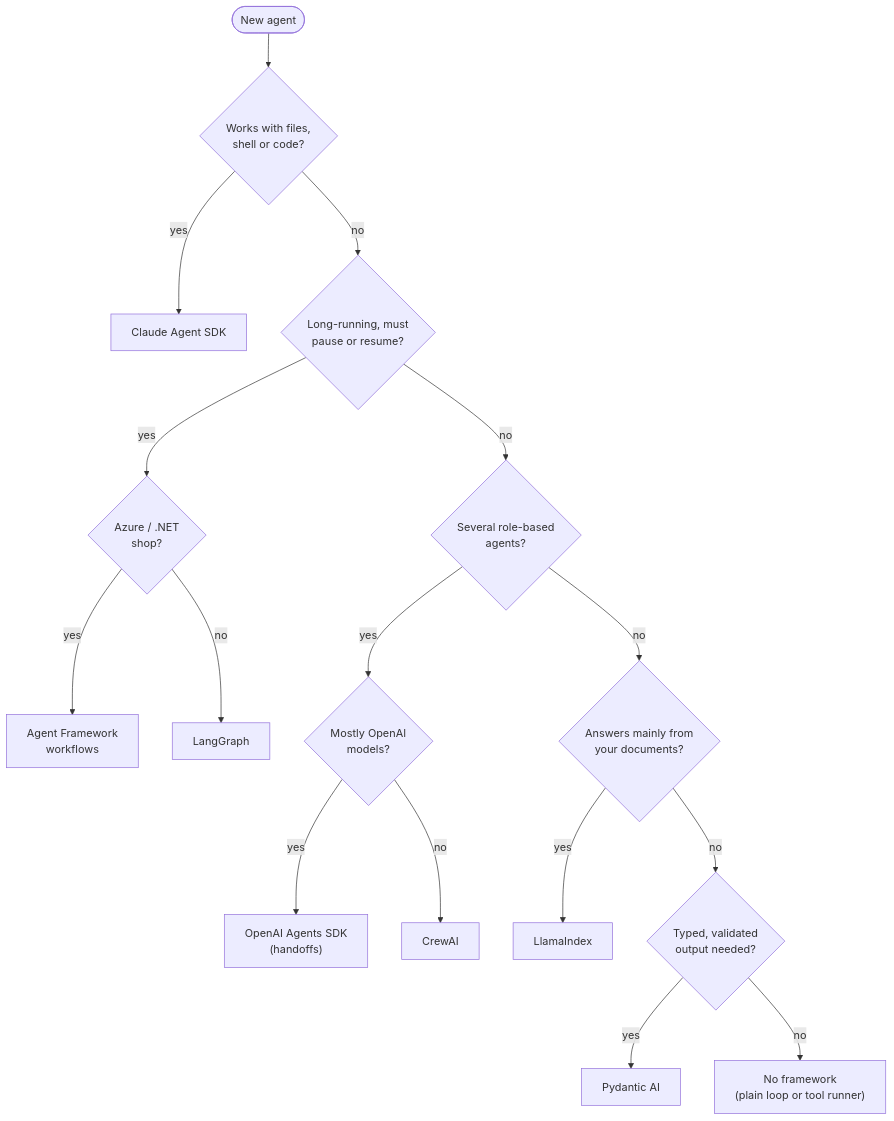
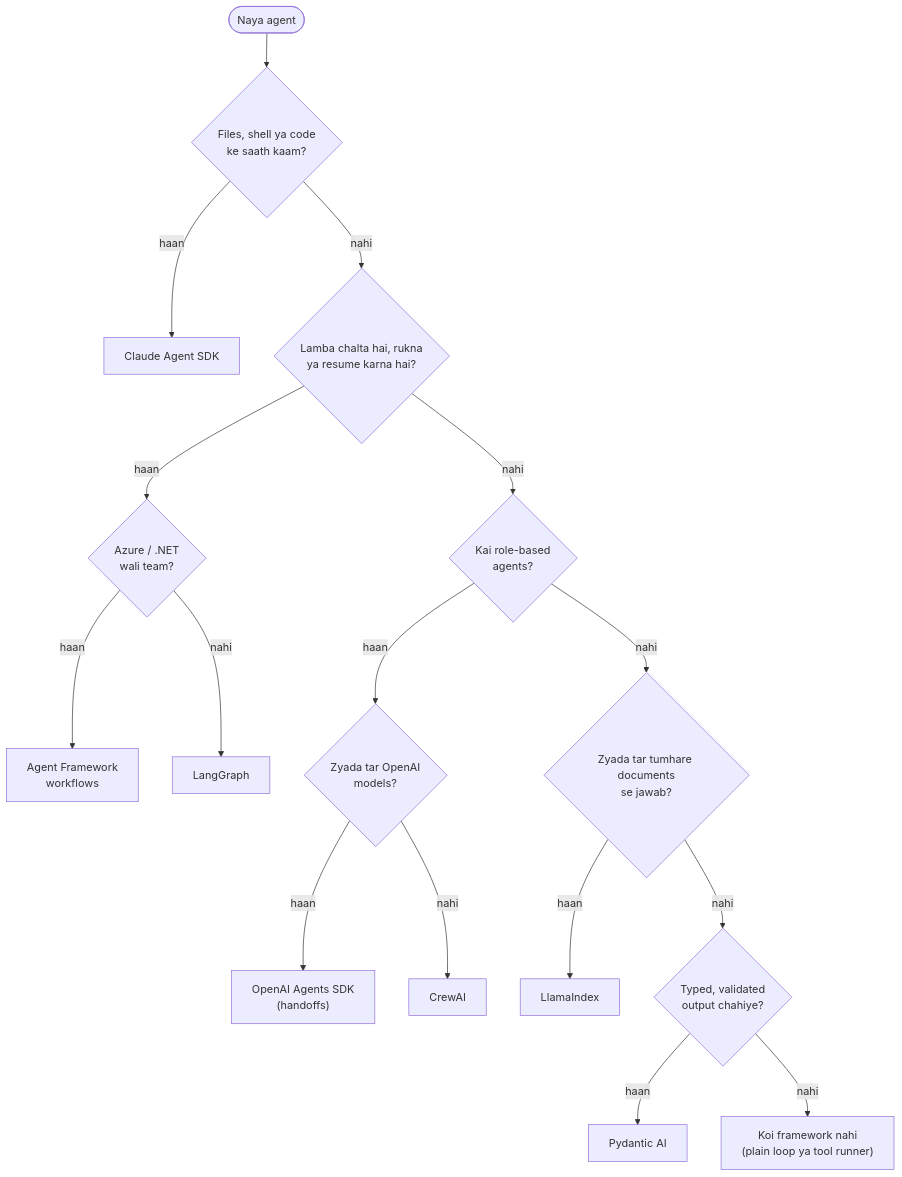
Before and after one commit to asmustechno/agentic-ai-notes: the diagram in docs/11-frameworks/11.10-how-to-choose.md, drawn with Mermaid. The commit also changed other lines of this file and 135 other files, not shown here.

````diff
--- a/docs/11-frameworks/11.10-how-to-choose.md
+++ b/docs/11-frameworks/11.10-how-to-choose.md
@@ -56,18 +56,18 @@
 ```mermaid
 flowchart TD
-    S(["New agent"]) --> Q1{"Works with files,<br/>shell or code?"}
-    Q1 -->|yes| CA["Claude Agent SDK"]
-    Q1 -->|no| Q2{"Long-running, must<br/>pause or resume?"}
-    Q2 -->|yes| Q2b{"Azure / .NET<br/>shop?"}
-    Q2b -->|yes| MAF["Agent Framework<br/>workflows"]
-    Q2b -->|no| LG["LangGraph"]
-    Q2 -->|no| Q3{"Several role-based<br/>agents?"}
-    Q3 -->|yes| Q3b{"Mostly OpenAI<br/>models?"}
-    Q3b -->|yes| OA["OpenAI Agents SDK<br/>(handoffs)"]
-    Q3b -->|no| CR["CrewAI"]
-    Q3 -->|no| Q4{"Answers mainly from<br/>your documents?"}
-    Q4 -->|yes| LI["LlamaIndex"]
-    Q4 -->|no| Q5{"Typed, validated<br/>output needed?"}
-    Q5 -->|yes| PA["Pydantic AI"]
-    Q5 -->|no| NF["No framework<br/>(plain loop or tool runner)"]
+    S(["Naya agent"]) --> Q1{"Files, shell ya code<br/>ke saath kaam?"}
+    Q1 -->|haan| CA["Claude Agent SDK"]
+    Q1 -->|nahi| Q2{"Lamba chalta hai, rukna<br/>ya resume karna hai?"}
+    Q2 -->|haan| Q2b{"Azure / .NET<br/>wali team?"}
+    Q2b -->|haan| MAF["Agent Framework<br/>workflows"]
+    Q2b -->|nahi| LG["LangGraph"]
+    Q2 -->|nahi| Q3{"Kai role-based<br/>agents?"}
+    Q3 -->|haan| Q3b{"Zyada tar OpenAI<br/>models?"}
+    Q3b -->|haan| OA["OpenAI Agents SDK<br/>(handoffs)"]
+    Q3b -->|nahi| CR["CrewAI"]
+    Q3 -->|nahi| Q4{"Zyada tar tumhare documents<br/>se jawab?"}
+    Q4 -->|haan| LI["LlamaIndex"]
+    Q4 -->|nahi| Q5{"Typed, validated<br/>output chahiye?"}
+    Q5 -->|haan| PA["Pydantic AI"]
+    Q5 -->|nahi| NF["Koi framework nahi<br/>(plain loop ya tool runner)"]
 ```
````
